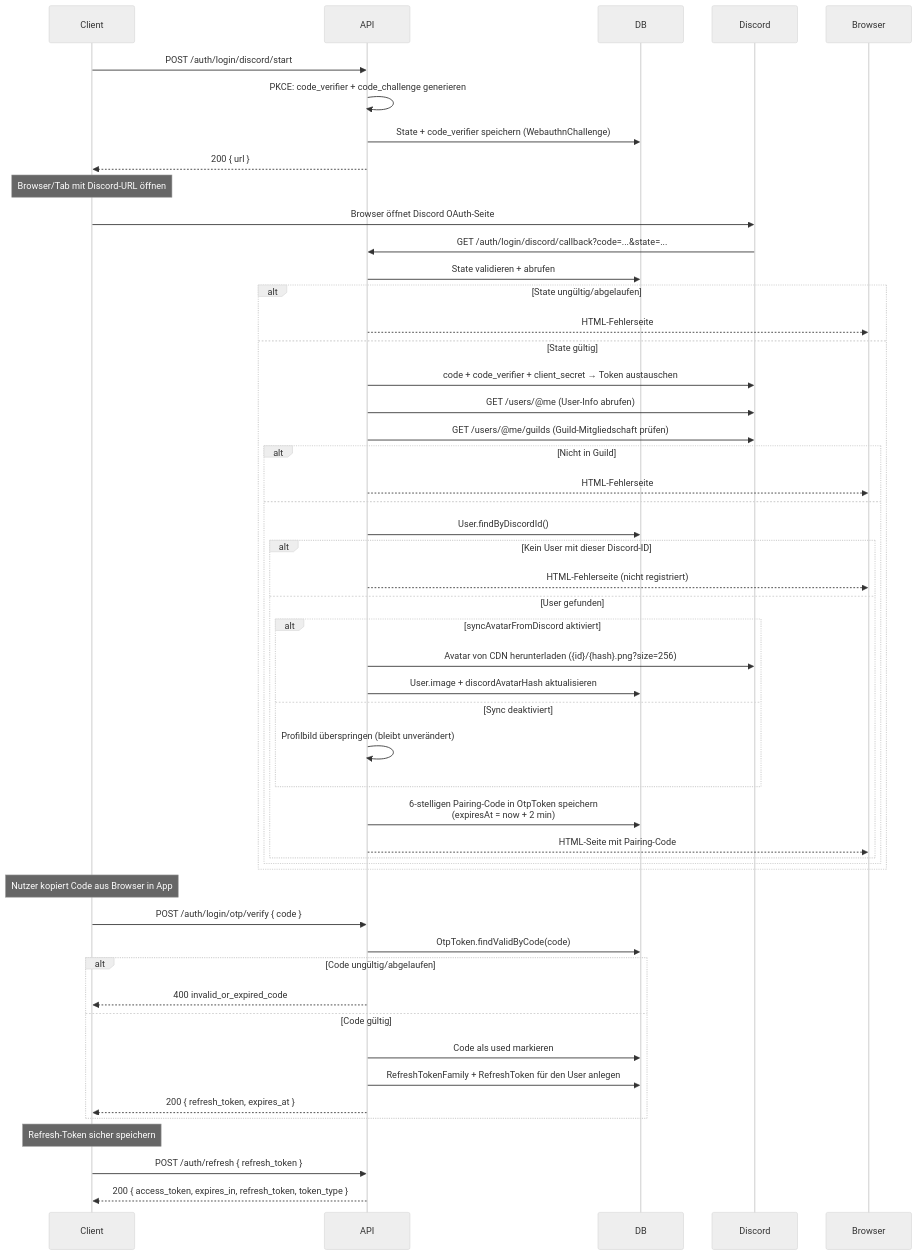
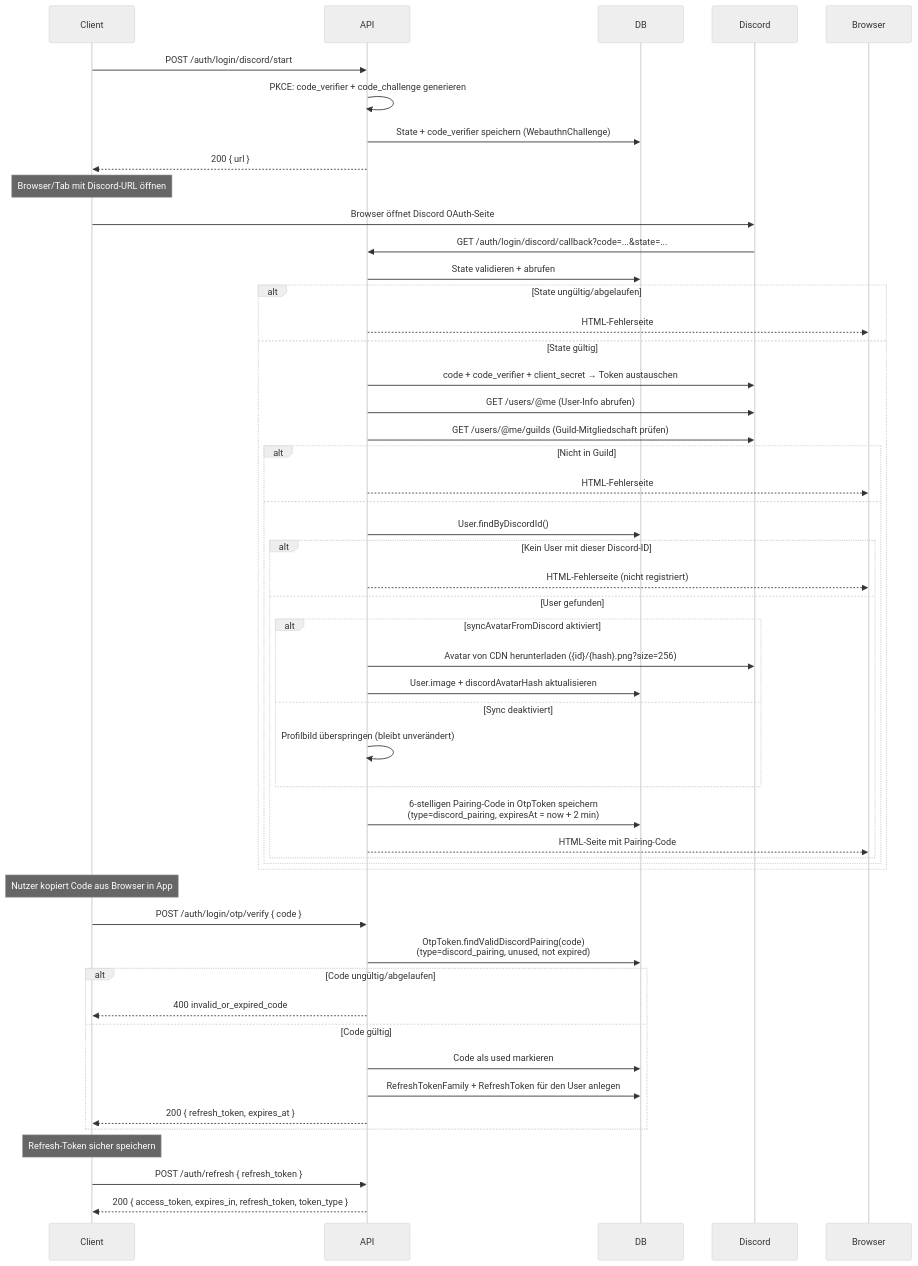
Before and after one commit to RntMarc/SinclearAPI: the second of 3 diagrams in docs/auth/login.md, drawn with Mermaid (neutral theme). The commit also changed other lines of this file and 10 other files, not shown here.

````diff
--- a/docs/auth/login.md
+++ b/docs/auth/login.md
@@ -78,59 +78,59 @@
 ```mermaid
 sequenceDiagram
     participant Client
     participant API
     participant DB
     participant Discord
 
     Client->>API: POST /auth/login/discord/start
     API->>API: PKCE: code_verifier + code_challenge generieren
     API->>DB: State + code_verifier speichern (WebauthnChallenge)
     API-->>Client: 200 { url }
 
     Note over Client: Browser/Tab mit Discord-URL öffnen
 
     Client->>Discord: Browser öffnet Discord OAuth-Seite
     Discord->>API: GET /auth/login/discord/callback?code=...&state=...
     API->>DB: State validieren + abrufen
     alt State ungültig/abgelaufen
         API-->>Browser: HTML-Fehlerseite
     else State gültig
         API->>Discord: code + code_verifier + client_secret → Token austauschen
         API->>Discord: GET /users/@me (User-Info abrufen)
         API->>Discord: GET /users/@me/guilds (Guild-Mitgliedschaft prüfen)
         alt Nicht in Guild
             API-->>Browser: HTML-Fehlerseite
         else
             API->>DB: User.findByDiscordId()
             alt Kein User mit dieser Discord-ID
                 API-->>Browser: HTML-Fehlerseite (nicht registriert)
             else User gefunden
                 alt syncAvatarFromDiscord aktiviert
                     API->>Discord: Avatar von CDN herunterladen ({id}/{hash}.png?size=256)
                     API->>DB: User.image + discordAvatarHash aktualisieren
                 else Sync deaktiviert
                     API->>API: Profilbild überspringen (bleibt unverändert)
                 end
-                API->>DB: 6-stelligen Pairing-Code in OtpToken speichern<br/>(expiresAt = now + 2 min)
+                API->>DB: 6-stelligen Pairing-Code in OtpToken speichern<br/>(type=discord_pairing, expiresAt = now + 2 min)
                 API-->>Browser: HTML-Seite mit Pairing-Code
             end
         end
     end
 
     Note over Client: Nutzer kopiert Code aus Browser in App
 
     Client->>API: POST /auth/login/otp/verify { code }
-    API->>DB: OtpToken.findValidByCode(code)
+    API->>DB: OtpToken.findValidDiscordPairing(code)<br/>(type=discord_pairing, unused, not expired)
     alt Code ungültig/abgelaufen
         API-->>Client: 400 invalid_or_expired_code
     else Code gültig
         API->>DB: Code als used markieren
         API->>DB: RefreshTokenFamily + RefreshToken für den User anlegen
         API-->>Client: 200 { refresh_token, expires_at }
     end
 
     Note over Client: Refresh-Token sicher speichern
 
     Client->>API: POST /auth/refresh { refresh_token }
     API-->>Client: 200 { access_token, expires_in, refresh_token, token_type }
 ```
````
